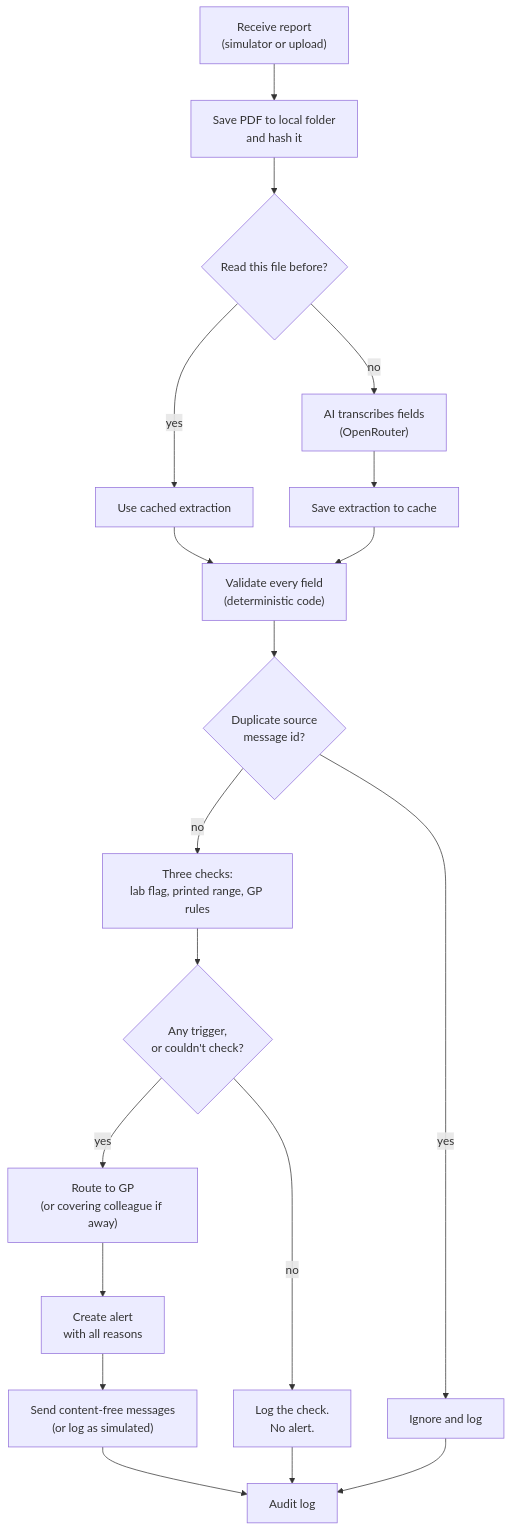
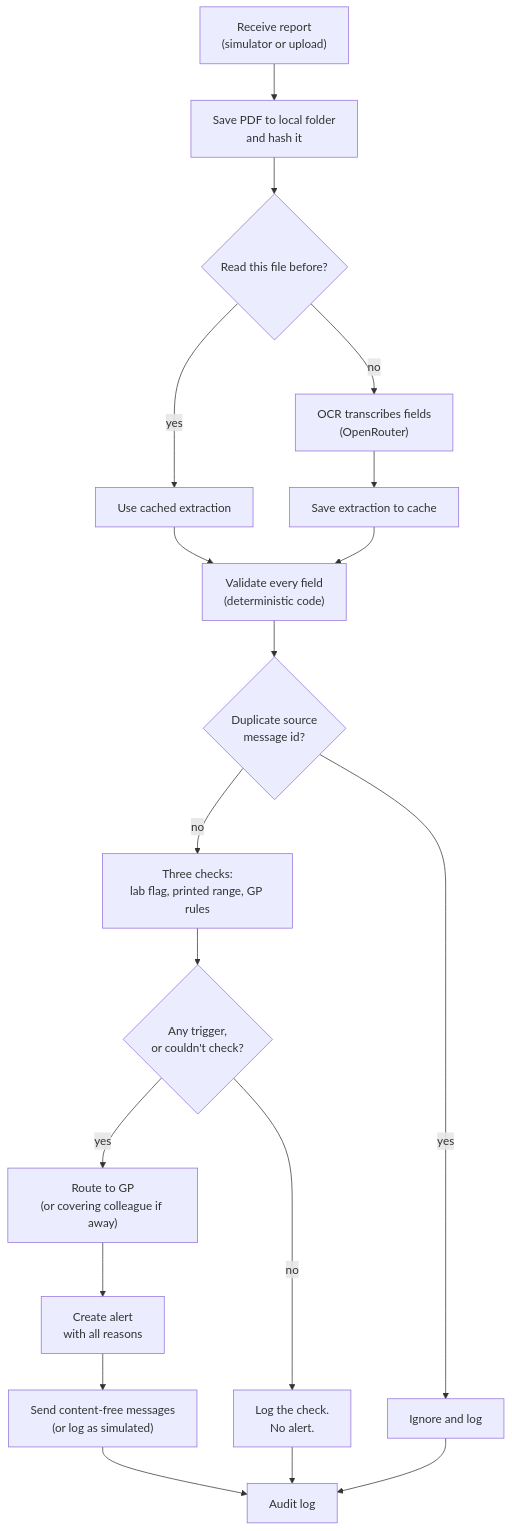
The second of 3 diagrams in docs/PRD.md (AR13X3/Bloodline), drawn with Mermaid before and after one commit. The commit also changed other lines of this file and 86 other files, not shown here.

````diff
--- a/docs/PRD.md
+++ b/docs/PRD.md
@@ -579,21 +584,21 @@
 ```mermaid
 flowchart TD
     A["Receive report<br/>(simulator or upload)"] --> B["Save PDF to local folder<br/>and hash it"]
     B --> C{"Read this file before?"}
     C -- yes --> D["Use cached extraction"]
-    C -- no --> E["AI transcribes fields<br/>(OpenRouter)"]
+    C -- no --> E["OCR transcribes fields<br/>(OpenRouter)"]
     E --> F["Save extraction to cache"]
     D --> G["Validate every field<br/>(deterministic code)"]
     F --> G
     G --> H{"Duplicate source<br/>message id?"}
     H -- yes --> I["Ignore and log"]
     H -- no --> J["Three checks:<br/>lab flag, printed range, GP rules"]
     J --> K{"Any trigger,<br/>or couldn't check?"}
     K -- no --> L["Log the check.<br/>No alert."]
     K -- yes --> M["Route to GP<br/>(or covering colleague if away)"]
     M --> N["Create alert<br/>with all reasons"]
     N --> O["Send content-free messages<br/>(or log as simulated)"]
     O --> P["Audit log"]
     L --> P
     I --> P
 ```
````
